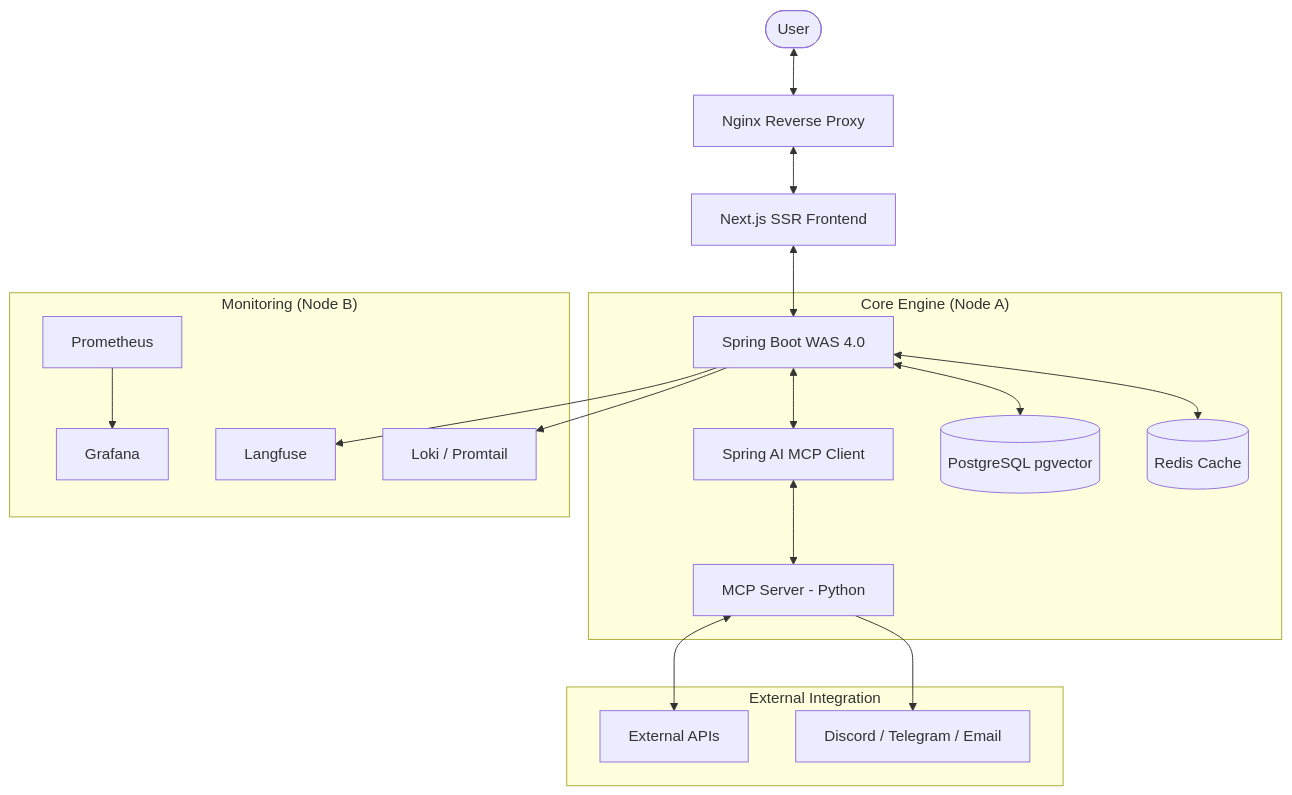
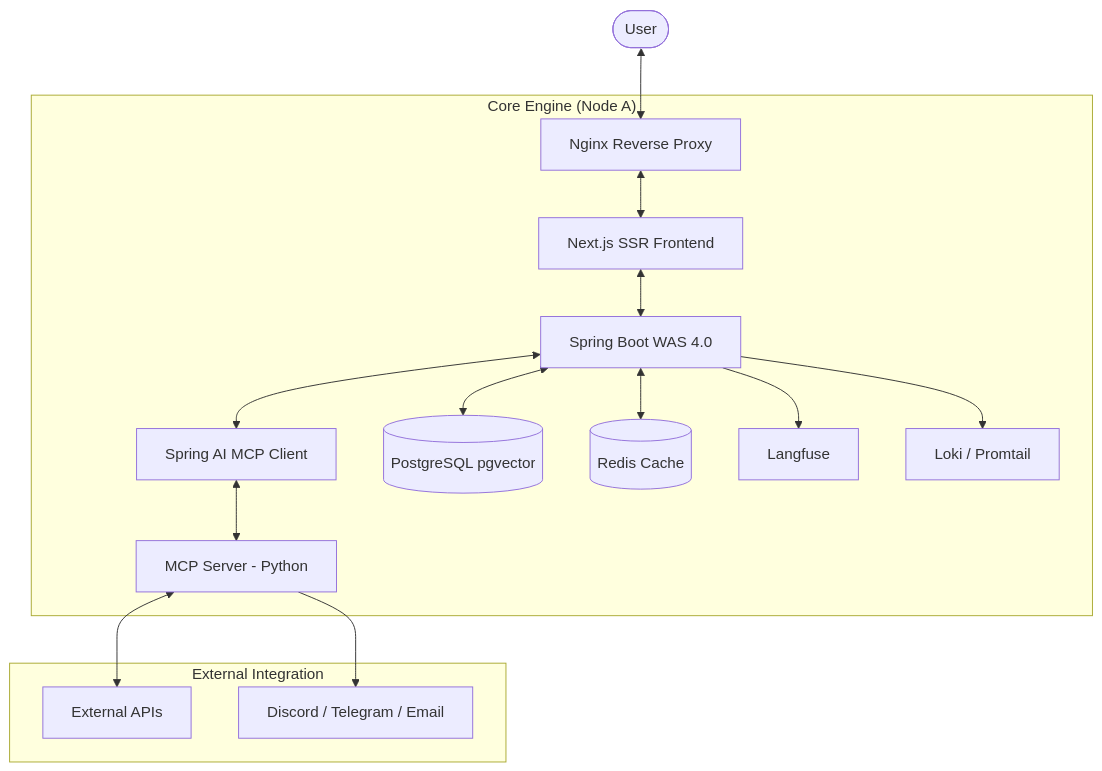
Before and after one commit to Programmers-Intern-Program/INT1-Project-Team04: the diagram in README.md, drawn with Mermaid. The commit also changed other lines of this file, not shown here.

Commit message:
Revise architecture diagram in README
Updated the architecture diagram by removing the Monitoring subgraph and adding links to the Core Engine.

````diff
--- a/README.md
+++ b/README.md
@@ -20,24 +20,21 @@
 ```mermaid
 graph TD
     User([User]) <--> Nginx[Nginx Reverse Proxy]
-    Nginx <--> Next[Next.js SSR Frontend]
-    Next <--> Spring[Spring Boot WAS 4.0]
+    
 
     subgraph "Core Engine (Node A)"
+        Nginx <--> Next[Next.js SSR Frontend]
+        Next <--> Spring[Spring Boot WAS 4.0]
         Spring <--> MCP_Client[Spring AI MCP Client]
         MCP_Client <--> MCP_Server[MCP Server - Python]
         Spring <--> PG[(PostgreSQL pgvector)]
         Spring <--> Redis[(Redis Cache)]
+        Spring --> Langfuse[Langfuse]
+        Spring --> Loki[Loki / Promtail]
     end
 
     subgraph "External Integration"
         MCP_Server <--> API[External APIs]
         MCP_Server --> Channels[Discord / Telegram / Email]
     end
-
-    subgraph "Monitoring (Node B)"
-        Prometheus[Prometheus] --> Grafana[Grafana]
-        Spring --> Langfuse[Langfuse]
-        Spring --> Loki[Loki / Promtail]
-    end
 ```
````
